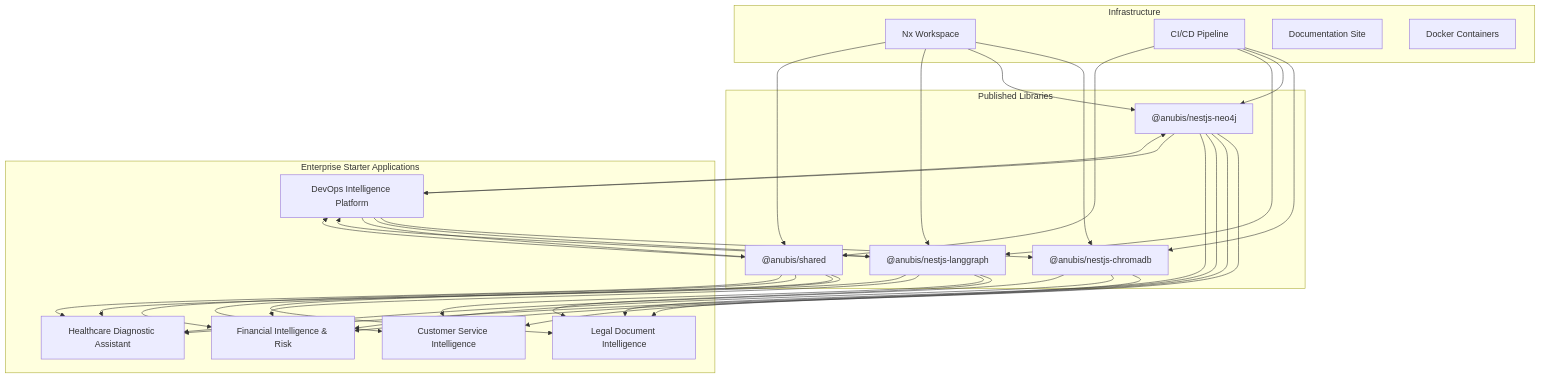
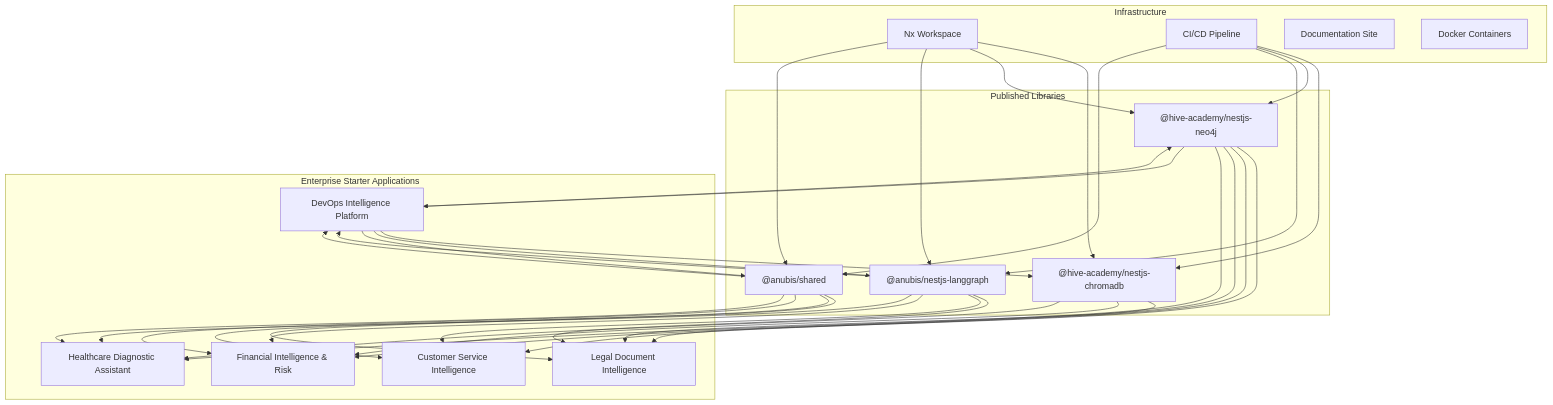
One commit to Hive-Academy/nestjs-ai-saas-starter changed the diagram in .kiro/specs/ai-saas-starter-ecosystem/design.md. Above: the diagram before and after it, drawn with Mermaid. The commit also changed 117 other files, not shown here.

````diff
--- a/.kiro/specs/ai-saas-starter-ecosystem/design.md
+++ b/.kiro/specs/ai-saas-starter-ecosystem/design.md
@@ -11,56 +11,56 @@
 ```mermaid
 graph TB
     subgraph "Published Libraries"
-        A["@anubis/nestjs-chromadb"]
-        B["@anubis/nestjs-neo4j"]
+        A["@hive-academy/nestjs-chromadb"]
+        B["@hive-academy/nestjs-neo4j"]
         C["@anubis/nestjs-langgraph"]
         D["@anubis/shared"]
     end
     
     subgraph "Enterprise Starter Applications"
         E[Legal Document Intelligence]
         F[Customer Service Intelligence]
         G[Financial Intelligence & Risk]
         H[Healthcare Diagnostic Assistant]
         I[DevOps Intelligence Platform]
     end
     
     subgraph "Infrastructure"
         J[Nx Workspace]
         K[CI/CD Pipeline]
         L[Documentation Site]
         M[Docker Containers]
     end
     
     A --> E
     A --> G
     A --> H
     B --> E
     B --> F
     B --> G
     B --> H
     B --> I
     C --> E
     C --> F
     C --> G
     C --> H
     C --> I
     D --> E
     D --> F
     D --> G
     D --> H
     D --> I
     
     J --> A
     J --> B
     J --> C
     J --> D
     K --> A
     K --> B
     K --> C
     K --> D
     I --> A
     I --> B
     I --> C
     I --> D
 ```
````
